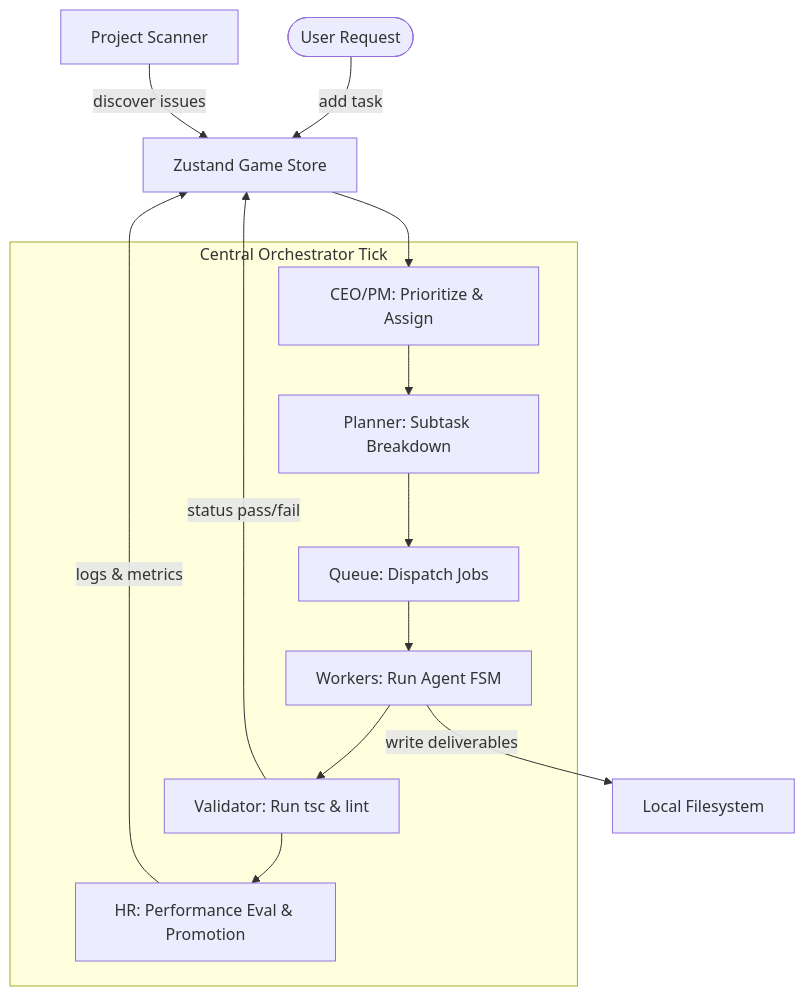
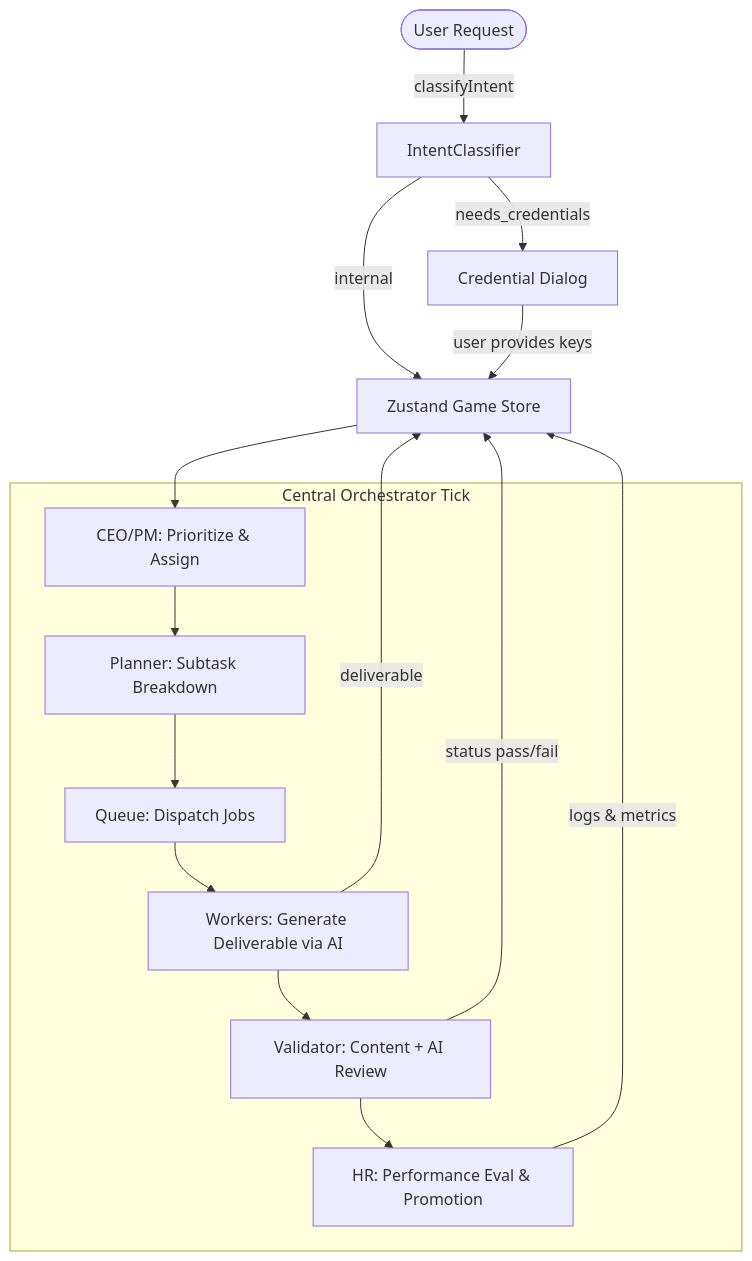
One commit to LakshayJain1/AgentCorp changed the diagram in README.md. Above: the diagram before and after it, drawn with Mermaid. The commit also changed other lines of this file and 13 other files, not shown here.

Commit message:
feat: implement agent game system with dynamic configuration loading and state management

````diff
--- a/README.md
+++ b/README.md
@@ -38,18 +38,20 @@
 ```mermaid
 graph TD
-    User([User Request]) -->|add task| Store[Zustand Game Store]
-    Scanner[Project Scanner] -->|discover issues| Store
+    User([User Request]) -->|classifyIntent| Intent[IntentClassifier]
+    Intent -->|internal| Store[Zustand Game Store]
+    Intent -->|needs_credentials| Cred[Credential Dialog]
+    Cred -->|user provides keys| Store
     
     subgraph CentralOrchestrator[Central Orchestrator Tick]
         Phase1[CEO/PM: Prioritize & Assign] --> Phase2[Planner: Subtask Breakdown]
         Phase2 --> Phase3[Queue: Dispatch Jobs]
-        Phase3 --> Phase4[Workers: Run Agent FSM]
-        Phase4 --> Phase5[Validator: Run tsc & lint]
+        Phase3 --> Phase4[Workers: Generate Deliverable via AI]
+        Phase4 --> Phase5[Validator: Content + AI Review]
         Phase5 --> Phase6[HR: Performance Eval & Promotion]
     end
 
     Store --> Phase1
-    Phase4 -->|write deliverables| FS[Local Filesystem]
+    Phase4 -->|deliverable| Store
     Phase5 -->|status pass/fail| Store
     Phase6 -->|logs & metrics| Store
 ```
````
